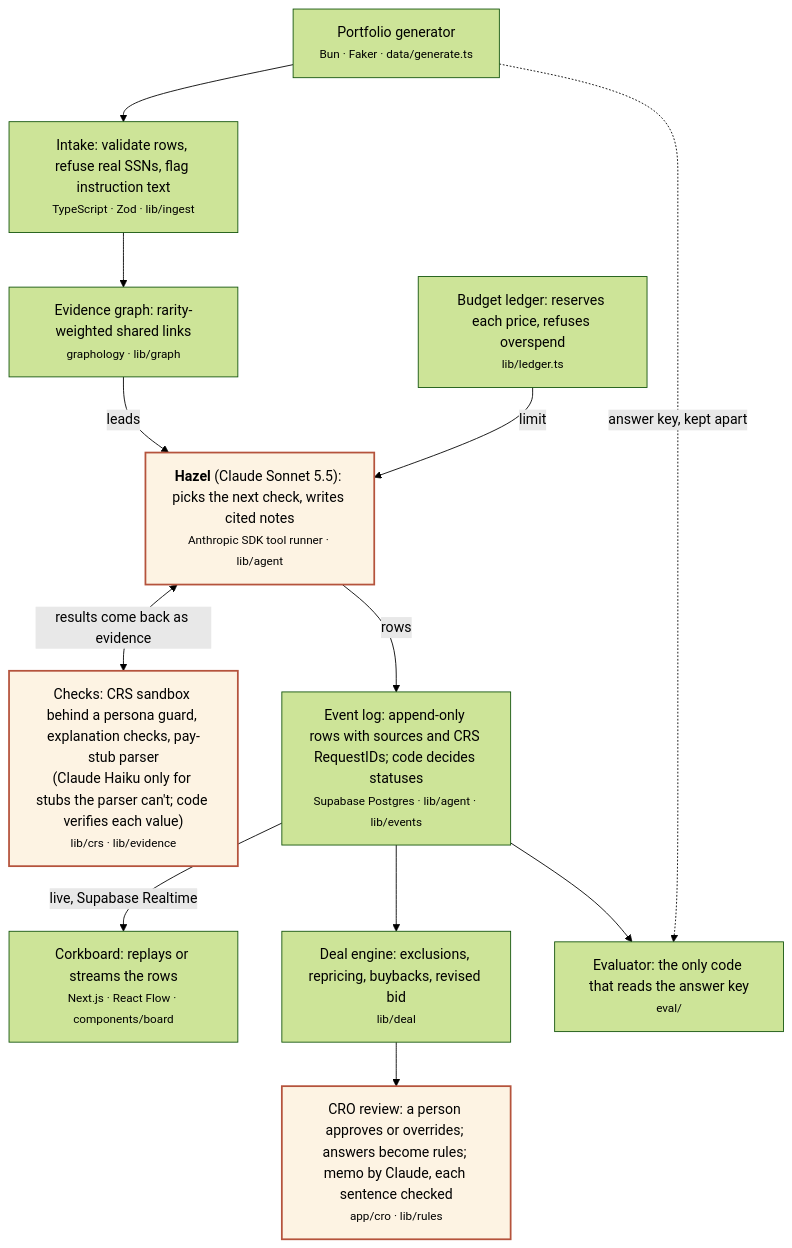
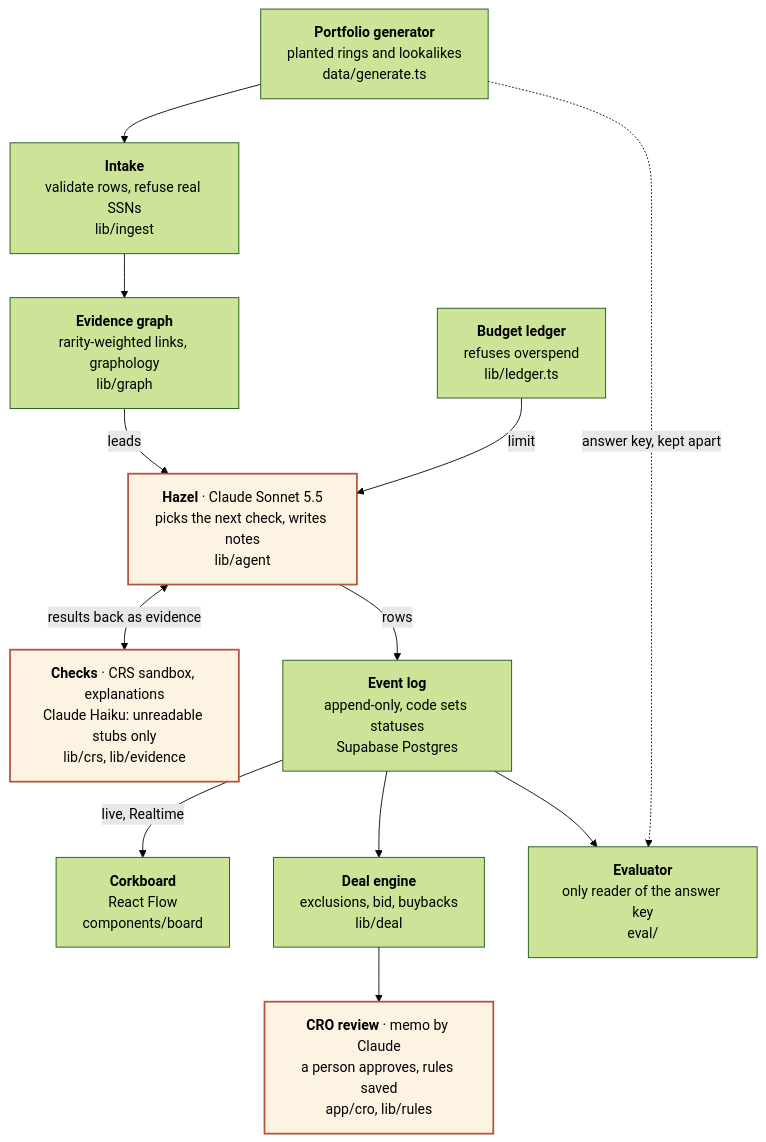
One commit to Navibytes/Threadpull changed the diagram in README.md. Above: the diagram before and after it, drawn with Mermaid (forest theme).

Commit message:
README diagram: shorter labels so GitHub doesn't clip them

````diff
--- a/README.md
+++ b/README.md
@@ -19,16 +19,16 @@
 ```mermaid
 flowchart TD
-  nGen["Portfolio generator<br/><small>Bun · Faker · data/generate.ts</small>"] --> nIntake["Intake: validate rows, refuse real SSNs, flag instruction text<br/><small>TypeScript · Zod · lib/ingest</small>"]
+  nGen["<b>Portfolio generator</b><br/>planted rings and lookalikes<br/>data/generate.ts"] --> nIntake["<b>Intake</b><br/>validate rows, refuse real SSNs<br/>lib/ingest"]
   nGen -.->|answer key, kept apart| nEval
-  nIntake --> nGraph["Evidence graph: rarity-weighted shared links<br/><small>graphology · lib/graph</small>"]
-  nGraph -->|leads| nHazel["<b>Hazel</b> (Claude Sonnet 5.5): picks the next check, writes cited notes<br/><small>Anthropic SDK tool runner · lib/agent</small>"]
-  nLedger["Budget ledger: reserves each price, refuses overspend<br/><small>lib/ledger.ts</small>"] -->|limit| nHazel
-  nHazel <-->|results come back as evidence| nTools["Checks: CRS sandbox behind a persona guard, explanation checks, pay-stub parser<br/>(Claude Haiku only for stubs the parser can't; code verifies each value)<br/><small>lib/crs · lib/evidence</small>"]
-  nHazel -->|rows| nLog["Event log: append-only rows with sources and CRS RequestIDs; code decides statuses<br/><small>Supabase Postgres · lib/agent · lib/events</small>"]
-  nLog -->|live, Supabase Realtime| nBoard["Corkboard: replays or streams the rows<br/><small>Next.js · React Flow · components/board</small>"]
-  nLog --> nDeal["Deal engine: exclusions, repricing, buybacks, revised bid<br/><small>lib/deal</small>"]
-  nLog --> nEval["Evaluator: the only code that reads the answer key<br/><small>eval/</small>"]
-  nDeal --> nCro["CRO review: a person approves or overrides; answers become rules; memo by Claude, each sentence checked<br/><small>app/cro · lib/rules</small>"]
+  nIntake --> nGraph["<b>Evidence graph</b><br/>rarity-weighted links, graphology<br/>lib/graph"]
+  nGraph -->|leads| nHazel["<b>Hazel</b> · Claude Sonnet 5.5<br/>picks the next check, writes notes<br/>lib/agent"]
+  nLedger["<b>Budget ledger</b><br/>refuses overspend<br/>lib/ledger.ts"] -->|limit| nHazel
+  nHazel <-->|results back as evidence| nTools["<b>Checks</b> · CRS sandbox, explanations<br/>Claude Haiku: unreadable stubs only<br/>lib/crs, lib/evidence"]
+  nHazel -->|rows| nLog["<b>Event log</b><br/>append-only, code sets statuses<br/>Supabase Postgres"]
+  nLog -->|live, Realtime| nBoard["<b>Corkboard</b><br/>React Flow<br/>components/board"]
+  nLog --> nDeal["<b>Deal engine</b><br/>exclusions, bid, buybacks<br/>lib/deal"]
+  nLog --> nEval["<b>Evaluator</b><br/>only reader of the answer key<br/>eval/"]
+  nDeal --> nCro["<b>CRO review</b> · memo by Claude<br/>a person approves, rules saved<br/>app/cro, lib/rules"]
   classDef llm fill:#fdf3e3,stroke:#b5533c,stroke-width:2px;
   class nHazel,nTools,nCro llm;
 ```
````
